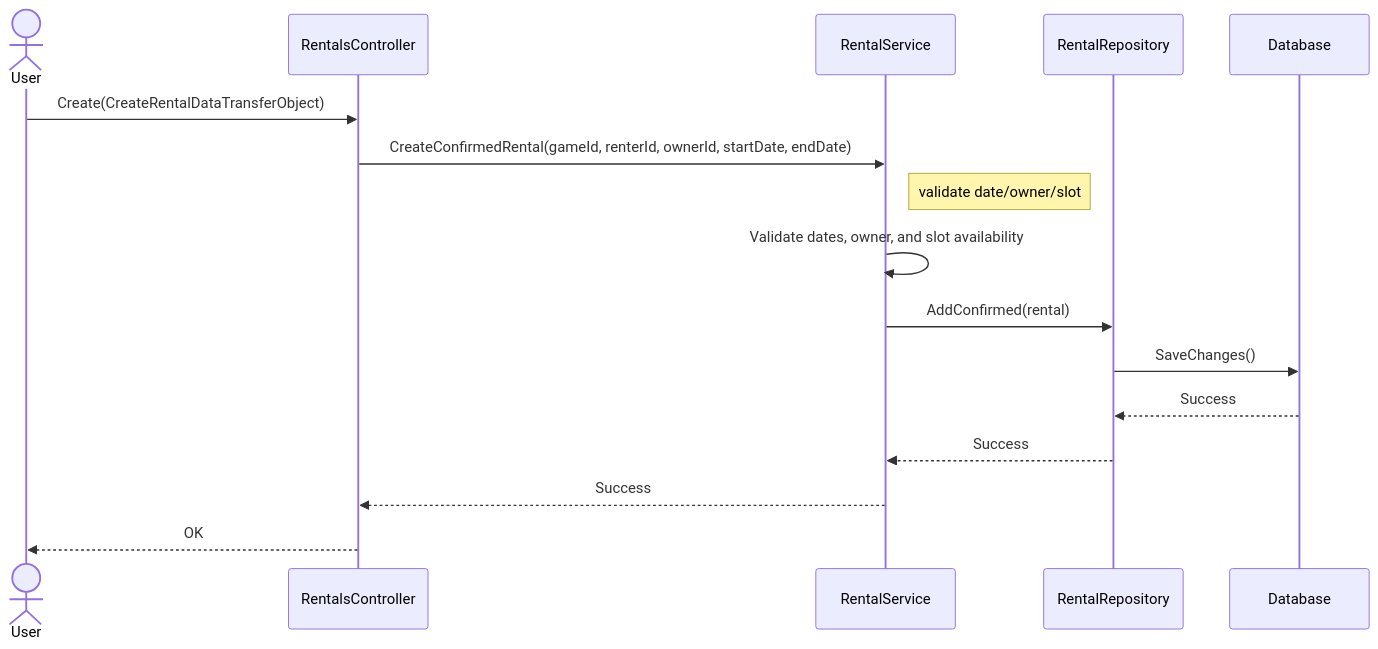
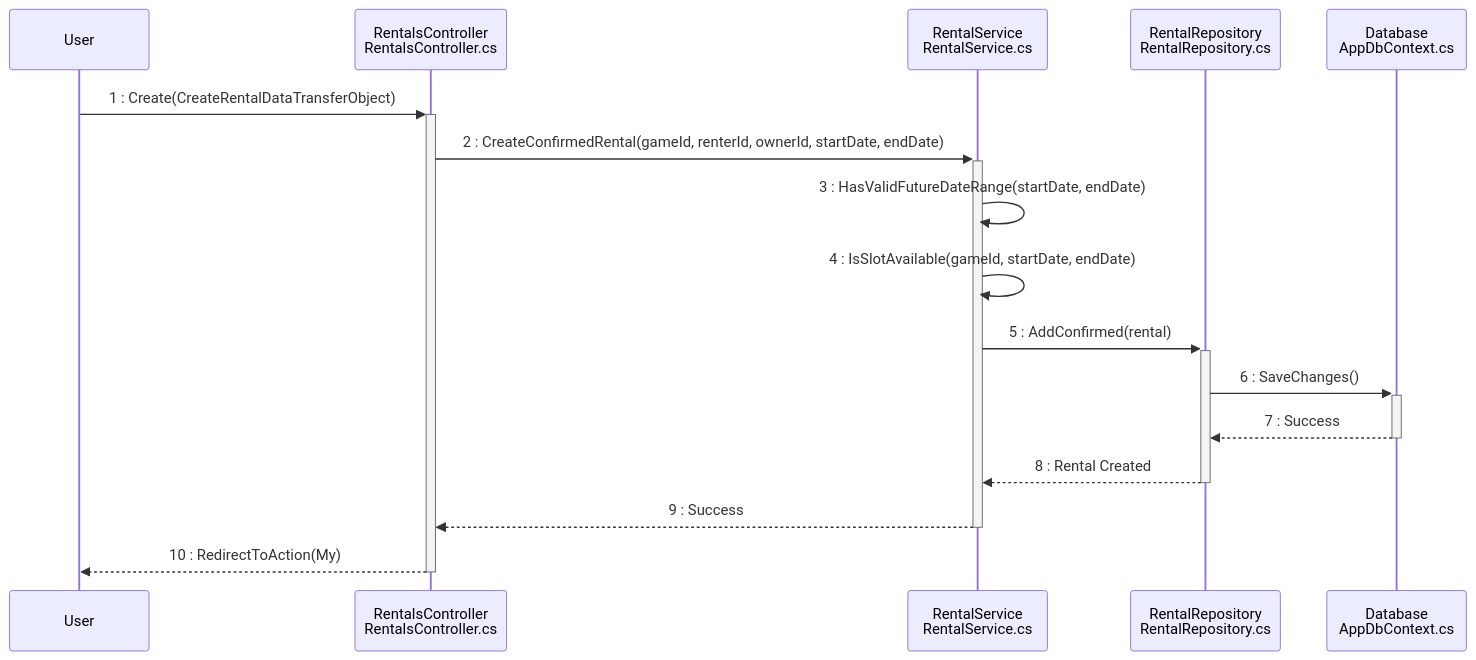
The diagram in diagram/andrei/CreateConfirmedRental.mmd (CsokmaiRobert/UBB-SE-2026-922-2), drawn with Mermaid before and after one commit. The commit also changed 1 other file, not shown here.

Commit message:
Redid the diagram

```diff
--- a/diagram/andrei/CreateConfirmedRental.mmd
+++ b/diagram/andrei/CreateConfirmedRental.mmd
@@ -1,19 +1,19 @@
 sequenceDiagram
-    actor User
-    participant RentalsController
-    participant RentalService
-    participant RentalRepository
-    participant Database
+    participant User
+    participant RC as RentalsController<br/>RentalsController.cs
+    participant RS as RentalService<br/>RentalService.cs
+    participant RR as RentalRepository<br/>RentalRepository.cs
+    participant DB as Database<br/>AppDbContext.cs
 
-    User->>RentalsController: Create(CreateRentalDataTransferObject)
-    RentalsController->>RentalService: CreateConfirmedRental(gameId, renterId, ownerId, startDate, endDate)
-    
-    note right of RentalService: validate date/owner/slot
-    RentalService->>RentalService: Validate dates, owner, and slot availability
-    
-    RentalService->>RentalRepository: AddConfirmed(rental)
-    RentalRepository->>Database: SaveChanges()
-    Database-->>RentalRepository: Success
-    RentalRepository-->>RentalService: Success
-    RentalService-->>RentalsController: Success
-    RentalsController-->>User: OK
+    User->>+RC: 1 : Create(CreateRentalDataTransferObject)
+    RC->>+RS: 2 : CreateConfirmedRental(gameId, renterId, ownerId, startDate, endDate)
+
+    RS->>RS: 3 : HasValidFutureDateRange(startDate, endDate)
+    RS->>RS: 4 : IsSlotAvailable(gameId, startDate, endDate)
+
+    RS->>+RR: 5 : AddConfirmed(rental)
+    RR->>+DB: 6 : SaveChanges()
+    DB-->>-RR: 7 : Success
+    RR-->>-RS: 8 : Rental Created
+    RS-->>-RC: 9 : Success
+    RC-->>-User: 10 : RedirectToAction(My)
```
